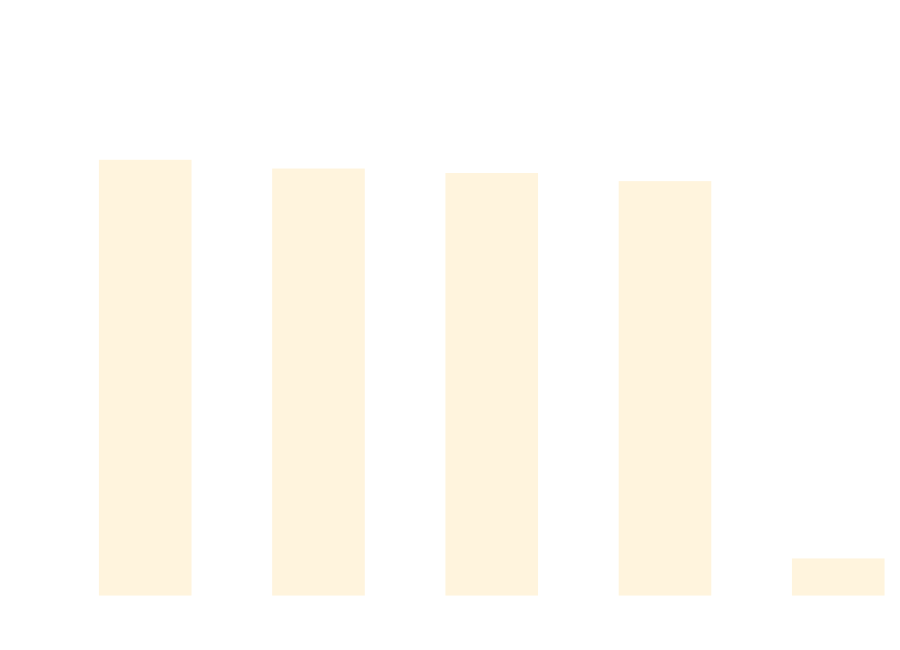
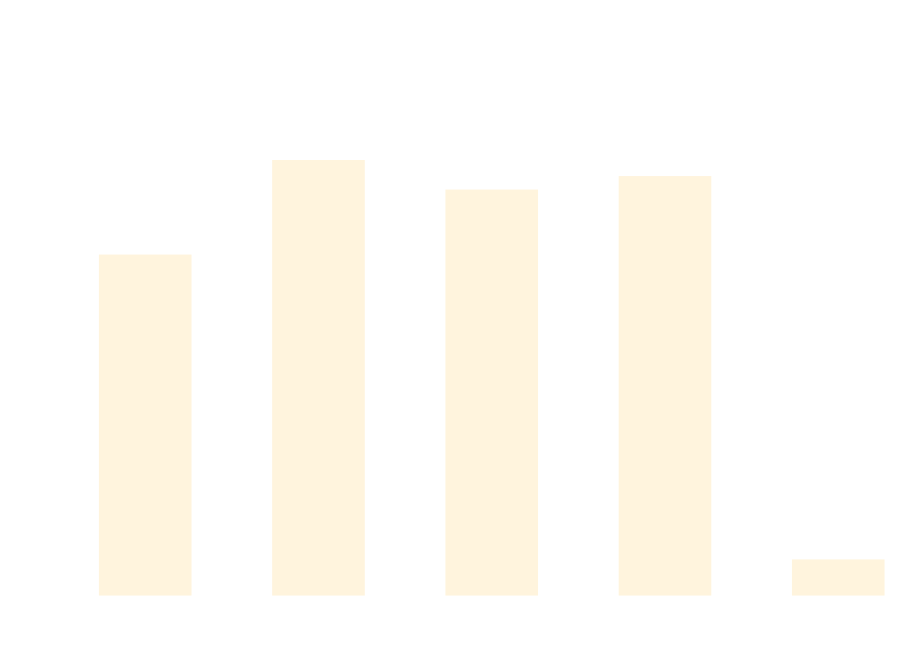
One commit to thomhurst/TUnit changed the diagram in docs/docs/benchmarks/ScaleTests.md. Above: the diagram before and after it, drawn with Mermaid. The commit also changed other lines of this file and 16 other files, not shown here.

````diff
--- a/docs/docs/benchmarks/ScaleTests.md
+++ b/docs/docs/benchmarks/ScaleTests.md
@@ -27,37 +27,37 @@
 ```mermaid
 %%{init: {
   'theme':'base',
   'themeVariables': {
     'primaryColor': '#2563eb',
     'primaryTextColor': '#ffffff',
     'primaryBorderColor': '#1e40af',
     'lineColor': '#6b7280',
     'secondaryColor': '#7c3aed',
     'tertiaryColor': '#dc2626',
     'background': '#ffffff',
     'mainBkg': '#2563eb',
     'secondBkg': '#7c3aed',
     'tertiaryBkg': '#dc2626',
     'clusterBkg': '#f3f4f6',
     'edgeLabelBackground': '#ffffff',
     'tertiaryTextColor': '#1f2937',
     'pie1': '#2563eb',
     'pie2': '#7c3aed',
     'pie3': '#dc2626',
     'pie4': '#f59e0b',
     'pie5': '#10b981',
     'pie6': '#06b6d4',
     'pie7': '#ec4899',
     'pie8': '#6366f1',
     'pie9': '#84cc16',
     'pie10': '#f97316',
     'pie11': '#14b8a6',
     'pie12': '#a855f7'
   }
 }}%%
 xychart-beta
   title "ScaleTests Performance Comparison"
   x-axis ["TUnit", "NUnit", "MSTest", "xUnit3", "TUnit_AOT"]
-  y-axis "Time (ms)" 0 --> 776
-  bar [646.56, 633.26, 626.5, 614.15, 41.45]
+  y-axis "Time (ms)" 0 --> 720
+  bar [466.42, 599.58, 557.98, 576.94, 37.07]
 ```
````
